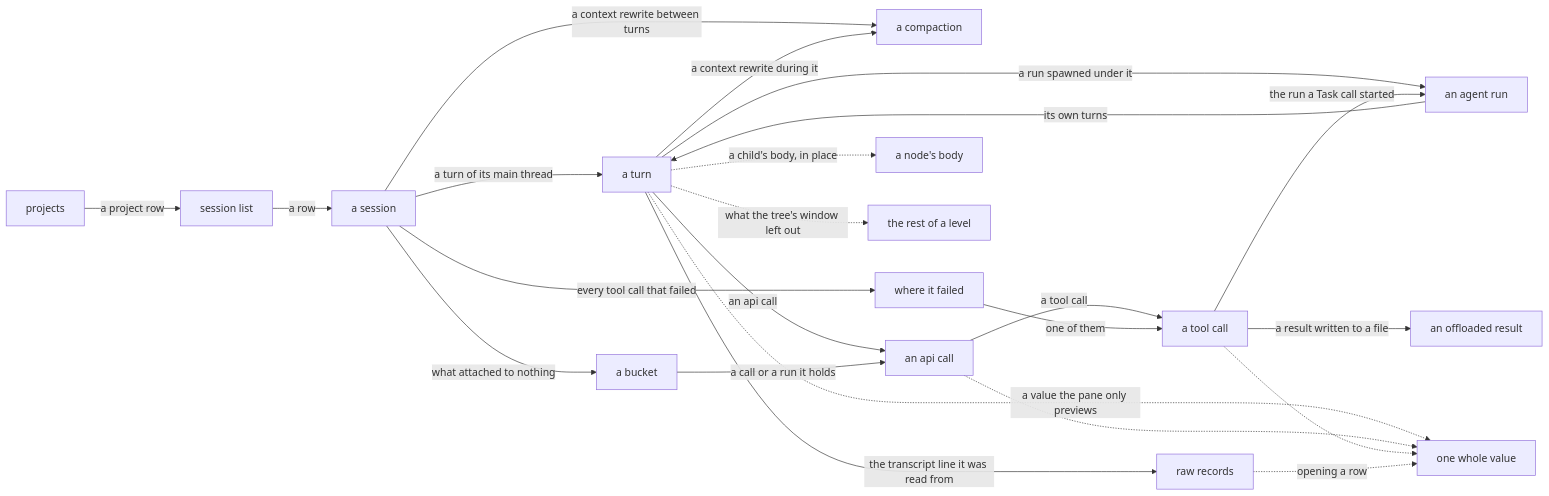
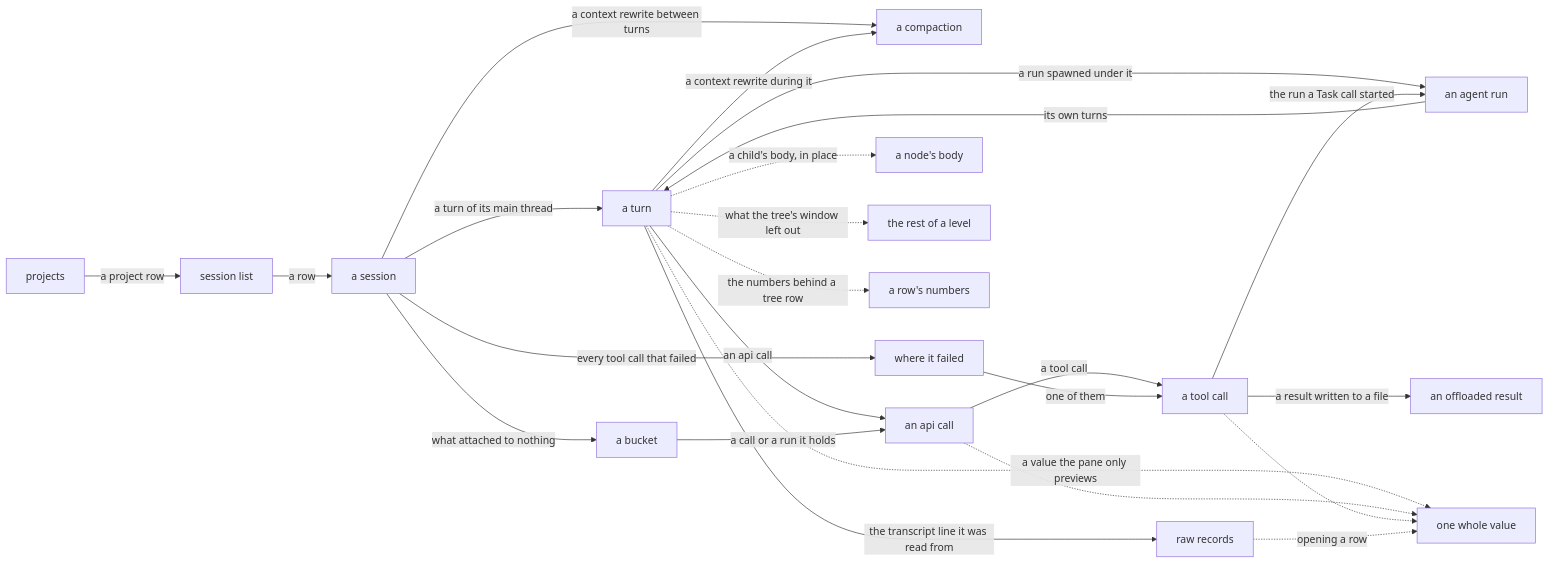
The diagram in docs/viewer.md (nathanielobrown/aiobserve), drawn with Mermaid before and after one commit. The commit also changed other lines of this file and 1 other file, not shown here.

````diff
--- a/docs/viewer.md
+++ b/docs/viewer.md
@@ -9,25 +9,26 @@
 ```mermaid
 flowchart LR
     projects["projects"] -->|"a project row"| session_list["session list"]
     session_list -->|"a row"| session["a session"]
     session -->|"a turn of its main thread"| turn["a turn"]
     session -->|"a context rewrite between turns"| compaction["a compaction"]
     turn -->|"a context rewrite during it"| compaction
     session -->|"what attached to nothing"| bucket["a bucket"]
     turn -->|"an api call"| api_call["an api call"]
     turn -->|"a run spawned under it"| run["an agent run"]
     api_call -->|"a tool call"| tool["a tool call"]
     tool -->|"the run a Task call started"| run
     run -->|"its own turns"| turn
     session -->|"every tool call that failed"| errors["where it failed"]
     errors -->|"one of them"| tool
     bucket -->|"a call or a run it holds"| api_call
     turn -->|"the transcript line it was read from"| records["raw records"]
     tool -->|"a result written to a file"| offload["an offloaded result"]
     turn -.->|"a value the pane only previews"| value["one whole value"]
     api_call -.-> value
     tool -.-> value
     records -.->|"opening a row"| value
     turn -.->|"a child's body, in place"| body["a node's body"]
     turn -.->|"what the tree's window left out"| kin["the rest of a level"]
+    turn -.->|"the numbers behind a tree row"| numbers["a row's numbers"]
 ```
````
